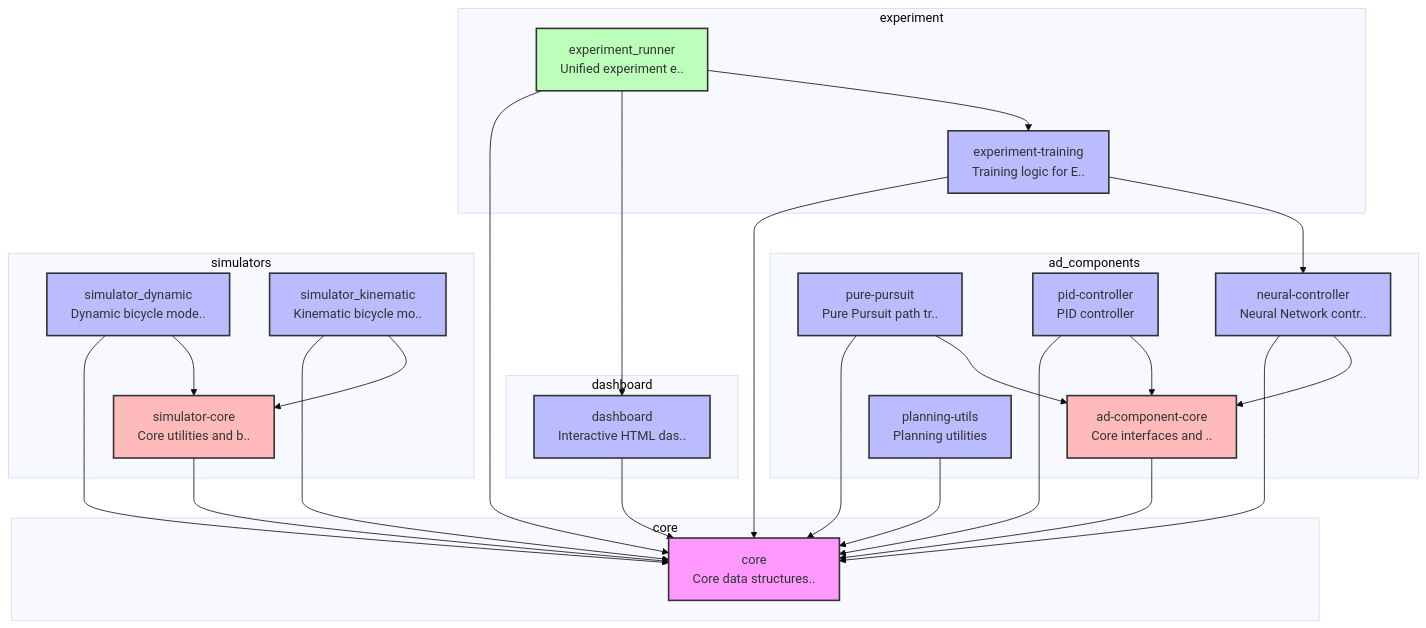
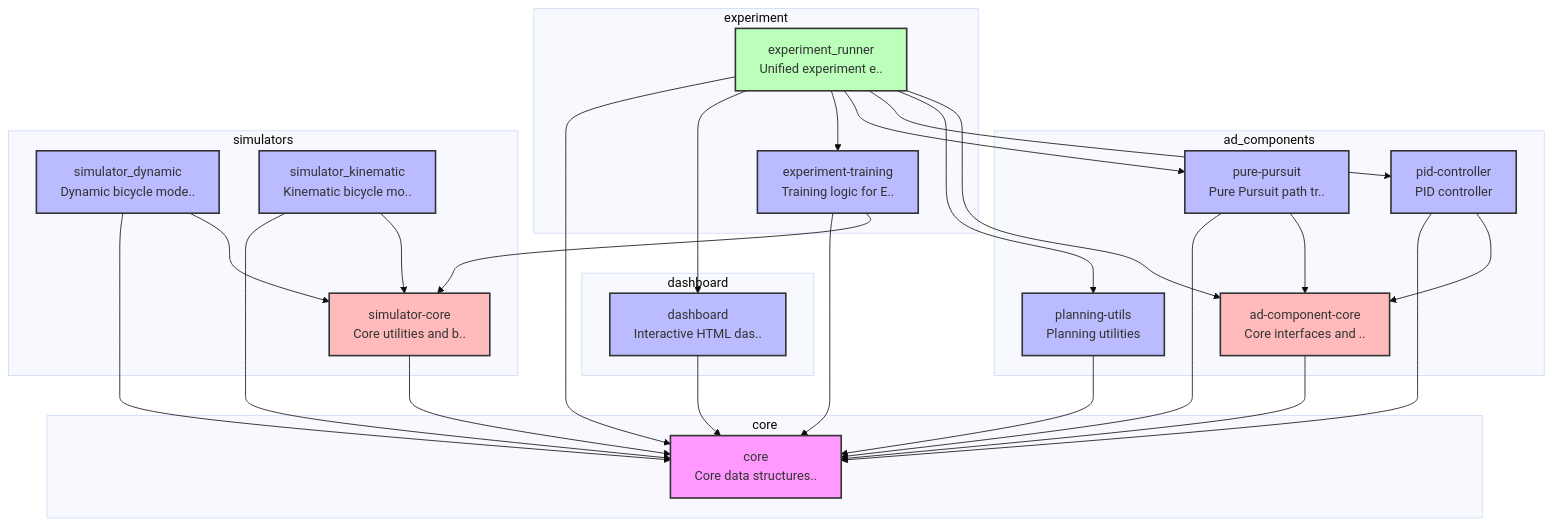
The diagram in README.md (masahiro-kubota/e2e_aichallenge_playground), drawn with Mermaid (base theme) before and after one commit. The commit also changed 4 other files, not shown here.

````diff
--- a/README.md
+++ b/README.md
@@ -108,63 +108,63 @@
 ```mermaid
 graph TD
     %% Styling
     classDef core fill:#f9f,stroke:#333,stroke-width:2px;
     classDef base fill:#fbb,stroke:#333,stroke-width:2px;
     classDef impl fill:#bbf,stroke:#333,stroke-width:2px;
     classDef app fill:#bfb,stroke:#333,stroke-width:2px;
     classDef default fill:#fff,stroke:#333,stroke-width:1px;
     subgraph group_core [core]
         core["core<br/>Core data structures.."]
         class core core;
     end
     subgraph group_dashboard [dashboard]
         dashboard["dashboard<br/>Interactive HTML das.."]
         class dashboard impl;
     end
     subgraph group_ad_components [ad_components]
         ad_component_core["ad-component-core<br/>Core interfaces and .."]
         class ad_component_core base;
         pure_pursuit["pure-pursuit<br/>Pure Pursuit path tr.."]
         class pure_pursuit impl;
         planning_utils["planning-utils<br/>Planning utilities"]
         class planning_utils impl;
         pid_controller["pid-controller<br/>PID controller"]
         class pid_controller impl;
-        neural_controller["neural-controller<br/>Neural Network contr.."]
-        class neural_controller impl;
     end
     subgraph group_experiment [experiment]
         experiment_runner["experiment_runner<br/>Unified experiment e.."]
         class experiment_runner app;
         experiment_training["experiment-training<br/>Training logic for E.."]
         class experiment_training impl;
     end
     subgraph group_simulators [simulators]
         simulator_core["simulator-core<br/>Core utilities and b.."]
         class simulator_core base;
         simulator_dynamic["simulator_dynamic<br/>Dynamic bicycle mode.."]
         class simulator_dynamic impl;
         simulator_kinematic["simulator_kinematic<br/>Kinematic bicycle mo.."]
         class simulator_kinematic impl;
     end
     %% Dependencies
     dashboard --> core
     ad_component_core --> core
     pure_pursuit --> core
     pure_pursuit --> ad_component_core
     planning_utils --> core
     pid_controller --> core
     pid_controller --> ad_component_core
-    neural_controller --> core
-    neural_controller --> ad_component_core
     experiment_runner --> core
     experiment_runner --> dashboard
     experiment_runner --> experiment_training
+    experiment_runner --> pure_pursuit
+    experiment_runner --> pid_controller
+    experiment_runner --> planning_utils
+    experiment_runner --> ad_component_core
     experiment_training --> core
-    experiment_training --> neural_controller
+    experiment_training --> simulator_core
     simulator_core --> core
     simulator_dynamic --> core
     simulator_dynamic --> simulator_core
     simulator_kinematic --> core
     simulator_kinematic --> simulator_core
 ```
````
